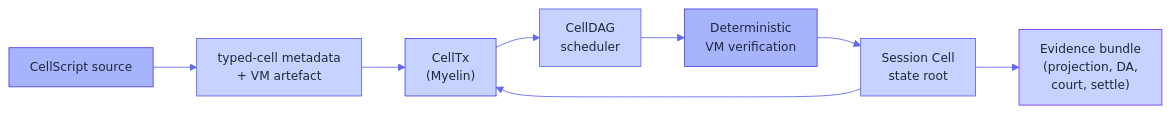
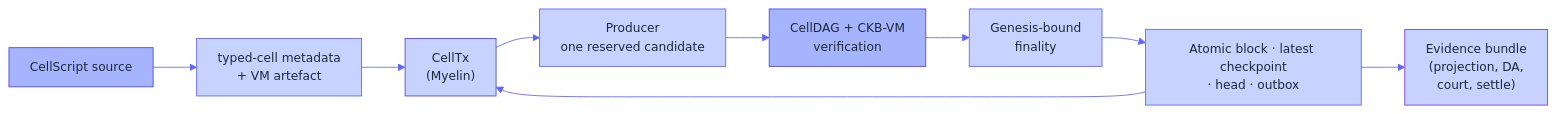
Before and after one commit to Myelin-Labs/Myelin: the diagram in docs/index.md, drawn with Mermaid. The commit also changed other lines of this file and 13 other files, not shown here.

````diff
--- a/docs/index.md
+++ b/docs/index.md
@@ -130,35 +129,36 @@
 ```mermaid
 %%{init: {
   "theme": "base",
   "themeVariables": {
     "primaryColor": "#A5B4FC",
     "primaryTextColor": "#1E293B",
     "primaryBorderColor": "#4F46E5",
     "lineColor": "#6366F1",
     "secondaryColor": "#C7D2FE",
     "tertiaryColor": "#C7D2FE",
     "fontFamily": "Inter, system-ui, sans-serif",
     "fontSize": "14px"
   },
   "flowchart": { "curve": "basis", "padding": 12 }
 }}%%
 flowchart LR
     A["CellScript source"]:::source
     B["typed-cell metadata<br/>+ VM artefact"]:::artefact
     C["CellTx<br/>(Myelin)"]:::tx
-    D["CellDAG<br/>scheduler"]:::sched
-    E["Deterministic<br/>VM verification"]:::vm
-    F["Session Cell<br/>state root"]:::state
-    G["Evidence bundle<br/>(projection, DA,<br/>court, settle)"]:::evidence
+    D["Producer<br/>one reserved candidate"]:::sched
+    E["CellDAG + CKB-VM<br/>verification"]:::vm
+    F["Genesis-bound<br/>finality"]:::state
+    G["Atomic block · latest checkpoint<br/>· head · outbox"]:::state
+    H["Evidence bundle<br/>(projection, DA,<br/>court, settle)"]:::evidence
 
-    A --> B --> C --> D --> E --> F --> G
-    F --> C
+    A --> B --> C --> D --> E --> F --> G --> H
+    G --> C
 
     classDef source   fill:#A5B4FC,stroke:#4F46E5,color:#1E293B;
     classDef artefact fill:#C7D2FE,stroke:#6366F1,color:#1E293B;
     classDef tx       fill:#C7D2FE,stroke:#4F46E5,color:#1E293B;
     classDef sched    fill:#C7D2FE,stroke:#6366F1,color:#1E293B;
     classDef vm       fill:#A5B4FC,stroke:#4F46E5,color:#1E293B;
     classDef state    fill:#C7D2FE,stroke:#6366F1,color:#1E293B;
     classDef evidence fill:#C7D2FE,stroke:#7C3AED,color:#1E293B;
 ```
````
